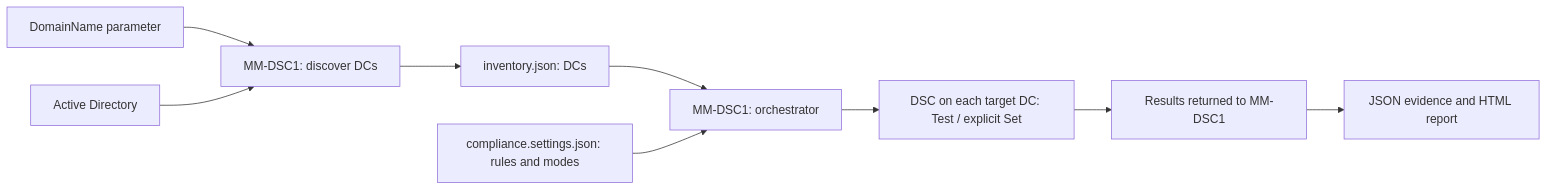
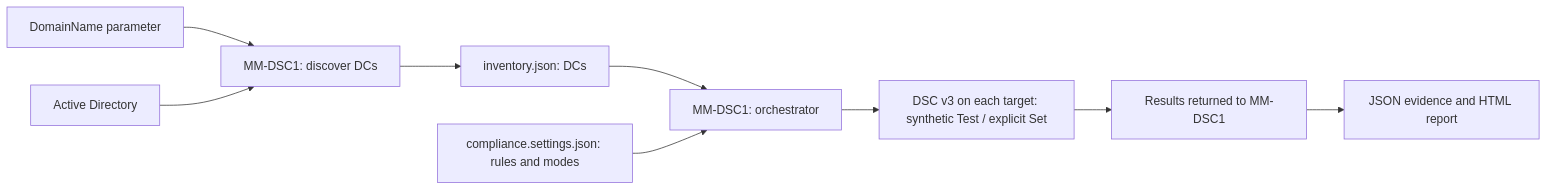
Before and after one commit to 0xMati/Tech-Blog: the diagram in 110 - Platform/Windows Server/Concepts/Desired State Configuration/Domain Controller Compliance with DSC v3.md, drawn with Mermaid. The commit also changed other lines of this file and 74 other files, not shown here.

````diff
--- a/110 - Platform/Windows Server/Concepts/Desired State Configuration/Domain Controller Compliance with DSC v3.md
+++ b/110 - Platform/Windows Server/Concepts/Desired State Configuration/Domain Controller Compliance with DSC v3.md
@@ -99,11 +103,11 @@
 ```mermaid
 flowchart LR
     Domain["DomainName parameter"] --> Inventory["MM-DSC1: discover DCs"]
     AD["Active Directory"] --> Inventory
     Inventory --> Snapshot["inventory.json: DCs"]
     Snapshot --> Audit["MM-DSC1: orchestrator"]
     Baseline["compliance.settings.json: rules and modes"] --> Audit
-    Audit --> Target["DSC on each target DC: Test / explicit Set"]
+    Audit --> Target["DSC v3 on each target: synthetic Test / explicit Set"]
     Target --> Results["Results returned to MM-DSC1"]
     Results --> Report["JSON evidence and HTML report"]
 ```
````
